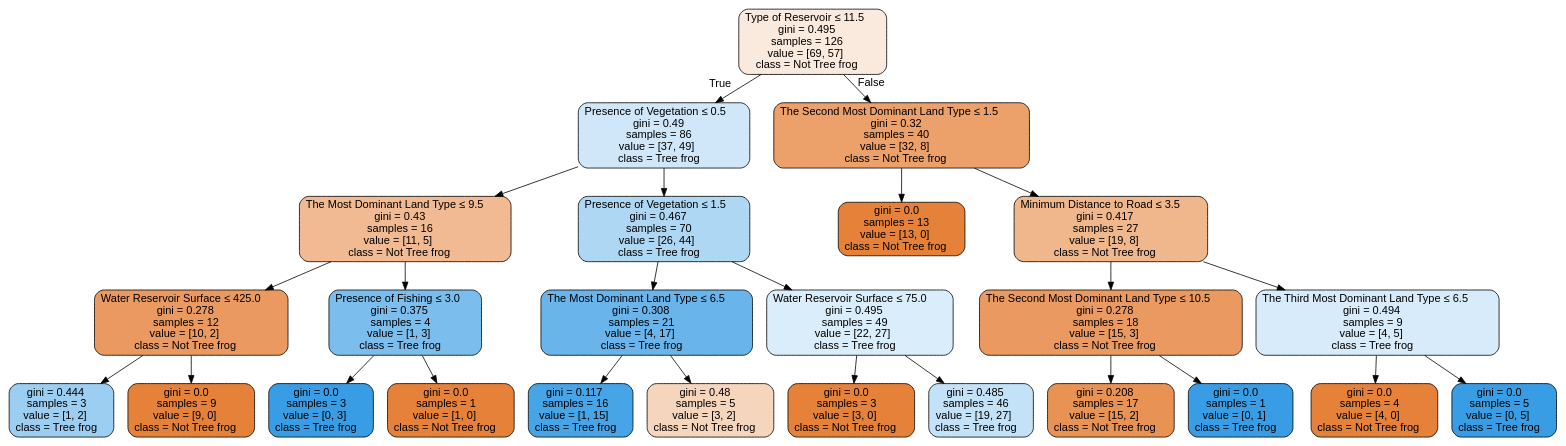
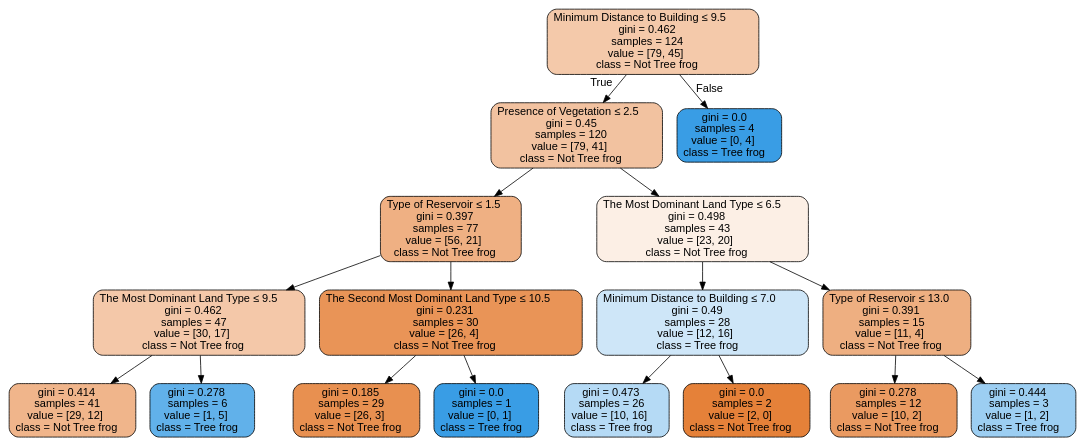
One commit to Jerry2001/Data_Mining changed the diagram in Amphibian/DataVisualization/Graphviz/tf.dot. Above: the diagram before and after it, drawn with Graphviz. The commit also changed 19 other files, not shown here.

```diff
--- a/Amphibian/DataVisualization/Graphviz/tf.dot
+++ b/Amphibian/DataVisualization/Graphviz/tf.dot
@@ -1,53 +1,37 @@
 digraph Tree {
 node [shape=box, style="filled, rounded", color="black", fontname=helvetica] ;
 edge [fontname=helvetica] ;
-0 [label=<Type of Reservoir &le; 11.5<br/>gini = 0.495<br/>samples = 126<br/>value = [69, 57]<br/>class = Not Tree frog>, fillcolor="#fae9dd"] ;
-1 [label=<Presence of Vegetation &le; 0.5<br/>gini = 0.49<br/>samples = 86<br/>value = [37, 49]<br/>class = Tree frog>, fillcolor="#cfe7f9"] ;
+0 [label=<Minimum Distance to Building &le; 9.5<br/>gini = 0.462<br/>samples = 124<br/>value = [79, 45]<br/>class = Not Tree frog>, fillcolor="#f4c9aa"] ;
+1 [label=<Presence of Vegetation &le; 2.5<br/>gini = 0.45<br/>samples = 120<br/>value = [79, 41]<br/>class = Not Tree frog>, fillcolor="#f2c2a0"] ;
 0 -> 1 [labeldistance=2.5, labelangle=45, headlabel="True"] ;
-2 [label=<The Most Dominant Land Type &le; 9.5<br/>gini = 0.43<br/>samples = 16<br/>value = [11, 5]<br/>class = Not Tree frog>, fillcolor="#f1ba93"] ;
+2 [label=<Type of Reservoir &le; 1.5<br/>gini = 0.397<br/>samples = 77<br/>value = [56, 21]<br/>class = Not Tree frog>, fillcolor="#efb083"] ;
 1 -> 2 ;
-3 [label=<Water Reservoir Surface &le; 425.0<br/>gini = 0.278<br/>samples = 12<br/>value = [10, 2]<br/>class = Not Tree frog>, fillcolor="#ea9a61"] ;
+3 [label=<The Most Dominant Land Type &le; 9.5<br/>gini = 0.462<br/>samples = 47<br/>value = [30, 17]<br/>class = Not Tree frog>, fillcolor="#f4c8a9"] ;
 2 -> 3 ;
-4 [label=<gini = 0.444<br/>samples = 3<br/>value = [1, 2]<br/>class = Tree frog>, fillcolor="#9ccef2"] ;
+4 [label=<gini = 0.414<br/>samples = 41<br/>value = [29, 12]<br/>class = Not Tree frog>, fillcolor="#f0b58b"] ;
 3 -> 4 ;
-5 [label=<gini = 0.0<br/>samples = 9<br/>value = [9, 0]<br/>class = Not Tree frog>, fillcolor="#e58139"] ;
+5 [label=<gini = 0.278<br/>samples = 6<br/>value = [1, 5]<br/>class = Tree frog>, fillcolor="#61b1ea"] ;
 3 -> 5 ;
-6 [label=<Presence of Fishing &le; 3.0<br/>gini = 0.375<br/>samples = 4<br/>value = [1, 3]<br/>class = Tree frog>, fillcolor="#7bbeee"] ;
+6 [label=<The Second Most Dominant Land Type &le; 10.5<br/>gini = 0.231<br/>samples = 30<br/>value = [26, 4]<br/>class = Not Tree frog>, fillcolor="#e99457"] ;
 2 -> 6 ;
-7 [label=<gini = 0.0<br/>samples = 3<br/>value = [0, 3]<br/>class = Tree frog>, fillcolor="#399de5"] ;
+7 [label=<gini = 0.185<br/>samples = 29<br/>value = [26, 3]<br/>class = Not Tree frog>, fillcolor="#e89050"] ;
 6 -> 7 ;
-8 [label=<gini = 0.0<br/>samples = 1<br/>value = [1, 0]<br/>class = Not Tree frog>, fillcolor="#e58139"] ;
+8 [label=<gini = 0.0<br/>samples = 1<br/>value = [0, 1]<br/>class = Tree frog>, fillcolor="#399de5"] ;
 6 -> 8 ;
-9 [label=<Presence of Vegetation &le; 1.5<br/>gini = 0.467<br/>samples = 70<br/>value = [26, 44]<br/>class = Tree frog>, fillcolor="#aed7f4"] ;
+9 [label=<The Most Dominant Land Type &le; 6.5<br/>gini = 0.498<br/>samples = 43<br/>value = [23, 20]<br/>class = Not Tree frog>, fillcolor="#fcefe5"] ;
 1 -> 9 ;
-10 [label=<The Most Dominant Land Type &le; 6.5<br/>gini = 0.308<br/>samples = 21<br/>value = [4, 17]<br/>class = Tree frog>, fillcolor="#68b4eb"] ;
+10 [label=<Minimum Distance to Building &le; 7.0<br/>gini = 0.49<br/>samples = 28<br/>value = [12, 16]<br/>class = Tree frog>, fillcolor="#cee6f8"] ;
 9 -> 10 ;
-11 [label=<gini = 0.117<br/>samples = 16<br/>value = [1, 15]<br/>class = Tree frog>, fillcolor="#46a4e7"] ;
+11 [label=<gini = 0.473<br/>samples = 26<br/>value = [10, 16]<br/>class = Tree frog>, fillcolor="#b5daf5"] ;
 10 -> 11 ;
-12 [label=<gini = 0.48<br/>samples = 5<br/>value = [3, 2]<br/>class = Not Tree frog>, fillcolor="#f6d5bd"] ;
+12 [label=<gini = 0.0<br/>samples = 2<br/>value = [2, 0]<br/>class = Not Tree frog>, fillcolor="#e58139"] ;
 10 -> 12 ;
-13 [label=<Water Reservoir Surface &le; 75.0<br/>gini = 0.495<br/>samples = 49<br/>value = [22, 27]<br/>class = Tree frog>, fillcolor="#daedfa"] ;
+13 [label=<Type of Reservoir &le; 13.0<br/>gini = 0.391<br/>samples = 15<br/>value = [11, 4]<br/>class = Not Tree frog>, fillcolor="#eeaf81"] ;
 9 -> 13 ;
-14 [label=<gini = 0.0<br/>samples = 3<br/>value = [3, 0]<br/>class = Not Tree frog>, fillcolor="#e58139"] ;
+14 [label=<gini = 0.278<br/>samples = 12<br/>value = [10, 2]<br/>class = Not Tree frog>, fillcolor="#ea9a61"] ;
 13 -> 14 ;
-15 [label=<gini = 0.485<br/>samples = 46<br/>value = [19, 27]<br/>class = Tree frog>, fillcolor="#c4e2f7"] ;
+15 [label=<gini = 0.444<br/>samples = 3<br/>value = [1, 2]<br/>class = Tree frog>, fillcolor="#9ccef2"] ;
 13 -> 15 ;
-16 [label=<The Second Most Dominant Land Type &le; 1.5<br/>gini = 0.32<br/>samples = 40<br/>value = [32, 8]<br/>class = Not Tree frog>, fillcolor="#eca06a"] ;
+16 [label=<gini = 0.0<br/>samples = 4<br/>value = [0, 4]<br/>class = Tree frog>, fillcolor="#399de5"] ;
 0 -> 16 [labeldistance=2.5, labelangle=-45, headlabel="False"] ;
-17 [label=<gini = 0.0<br/>samples = 13<br/>value = [13, 0]<br/>class = Not Tree frog>, fillcolor="#e58139"] ;
-16 -> 17 ;
-18 [label=<Minimum Distance to Road &le; 3.5<br/>gini = 0.417<br/>samples = 27<br/>value = [19, 8]<br/>class = Not Tree frog>, fillcolor="#f0b68c"] ;
-16 -> 18 ;
-19 [label=<The Second Most Dominant Land Type &le; 10.5<br/>gini = 0.278<br/>samples = 18<br/>value = [15, 3]<br/>class = Not Tree frog>, fillcolor="#ea9a61"] ;
-18 -> 19 ;
-20 [label=<gini = 0.208<br/>samples = 17<br/>value = [15, 2]<br/>class = Not Tree frog>, fillcolor="#e89253"] ;
-19 -> 20 ;
-21 [label=<gini = 0.0<br/>samples = 1<br/>value = [0, 1]<br/>class = Tree frog>, fillcolor="#399de5"] ;
-19 -> 21 ;
-22 [label=<The Third Most Dominant Land Type &le; 6.5<br/>gini = 0.494<br/>samples = 9<br/>value = [4, 5]<br/>class = Tree frog>, fillcolor="#d7ebfa"] ;
-18 -> 22 ;
-23 [label=<gini = 0.0<br/>samples = 4<br/>value = [4, 0]<br/>class = Not Tree frog>, fillcolor="#e58139"] ;
-22 -> 23 ;
-24 [label=<gini = 0.0<br/>samples = 5<br/>value = [0, 5]<br/>class = Tree frog>, fillcolor="#399de5"] ;
-22 -> 24 ;
 }
```
